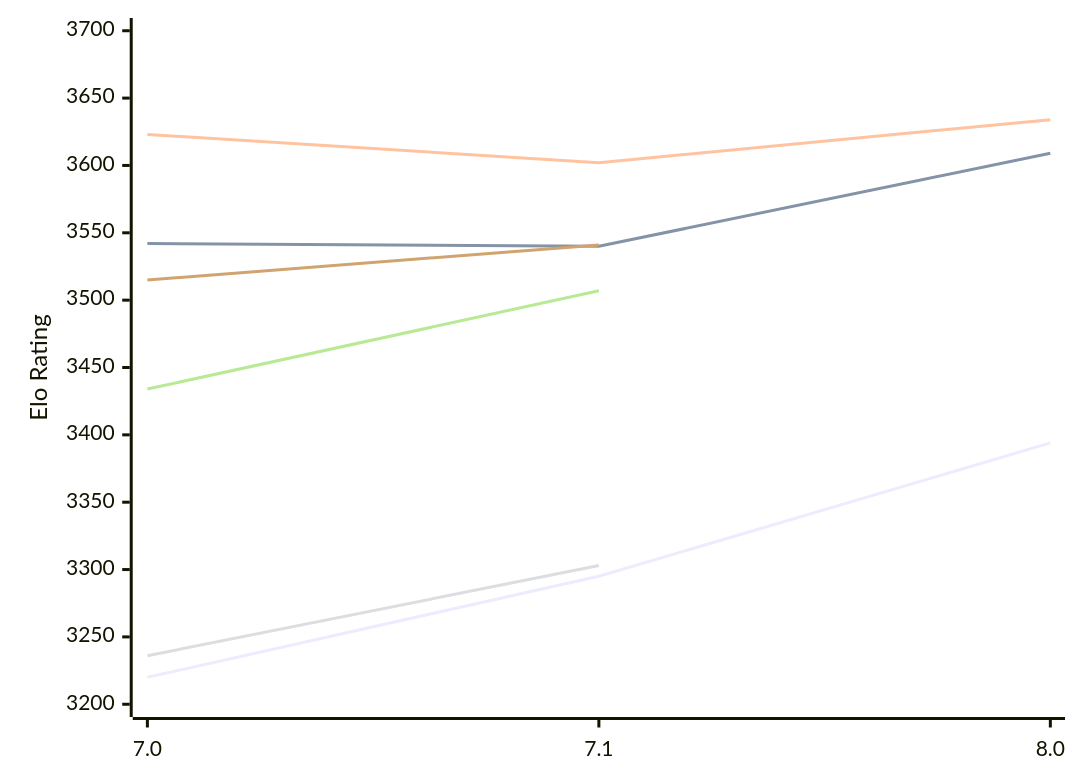
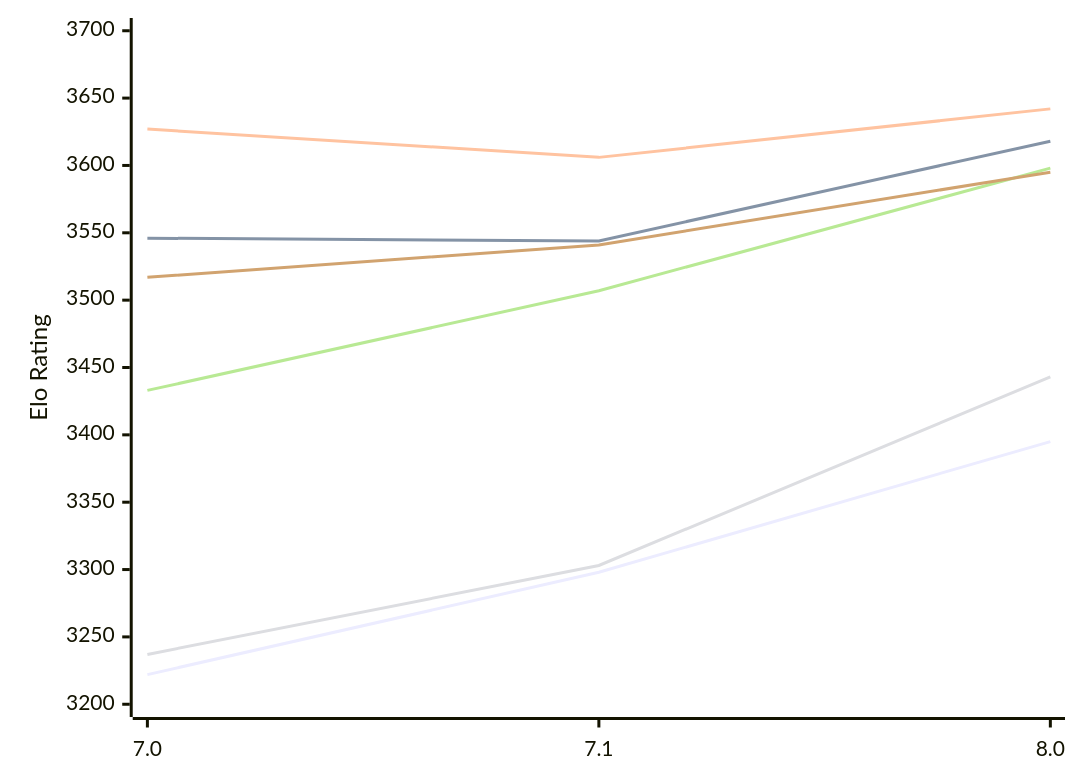
The first of 2 diagrams in engines/PZChessBot.md (computer-chess-index/cci), drawn with Mermaid before and after one commit. The commit also changed other lines of this file, not shown here.

Commit message:
Update CCI Ratings (ELO VLTC) - 2026-11-22

````diff
--- a/engines/PZChessBot.md
+++ b/engines/PZChessBot.md
@@ -55,12 +55,12 @@
 ```mermaid
 %%{init: {"theme":"base","themeVariables":{"seriesColors:['#a3a3a3','#222221','#faa371']}}}%%
 xychart-beta
   x-axis ["7.0", "7.1", "8.0"]
   y-axis "Elo Rating" 3200 --> 3700
-  line "E1: STC (8.0+0.08s)" [3220, 3295, 3394]
-  line "E1: LTC (60.0+0.60s)" [3542, 3540, 3609]
-  line "E1: VLTC (2m24s+1.12s)" [3623, 3602, 3634]
-  line "P1: STC (8.0+0.08s)" [3236, 3303]
-  line "P1: LTC (60.0+0.60s)" [3434, 3507]
-  line "P1: VLTC (2m24s+1.12s)" [3515, 3541]
+  line "E1: STC (8.0+0.08s)" [3222, 3298, 3395]
+  line "E1: LTC (60.0+0.60s)" [3546, 3544, 3618]
+  line "E1: VLTC (2m24s+1.12s)" [3627, 3606, 3642]
+  line "P1: STC (8.0+0.08s)" [3237, 3303, 3443]
+  line "P1: LTC (60.0+0.60s)" [3433, 3507, 3598]
+  line "P1: VLTC (2m24s+1.12s)" [3517, 3541, 3595]
 ```
````
